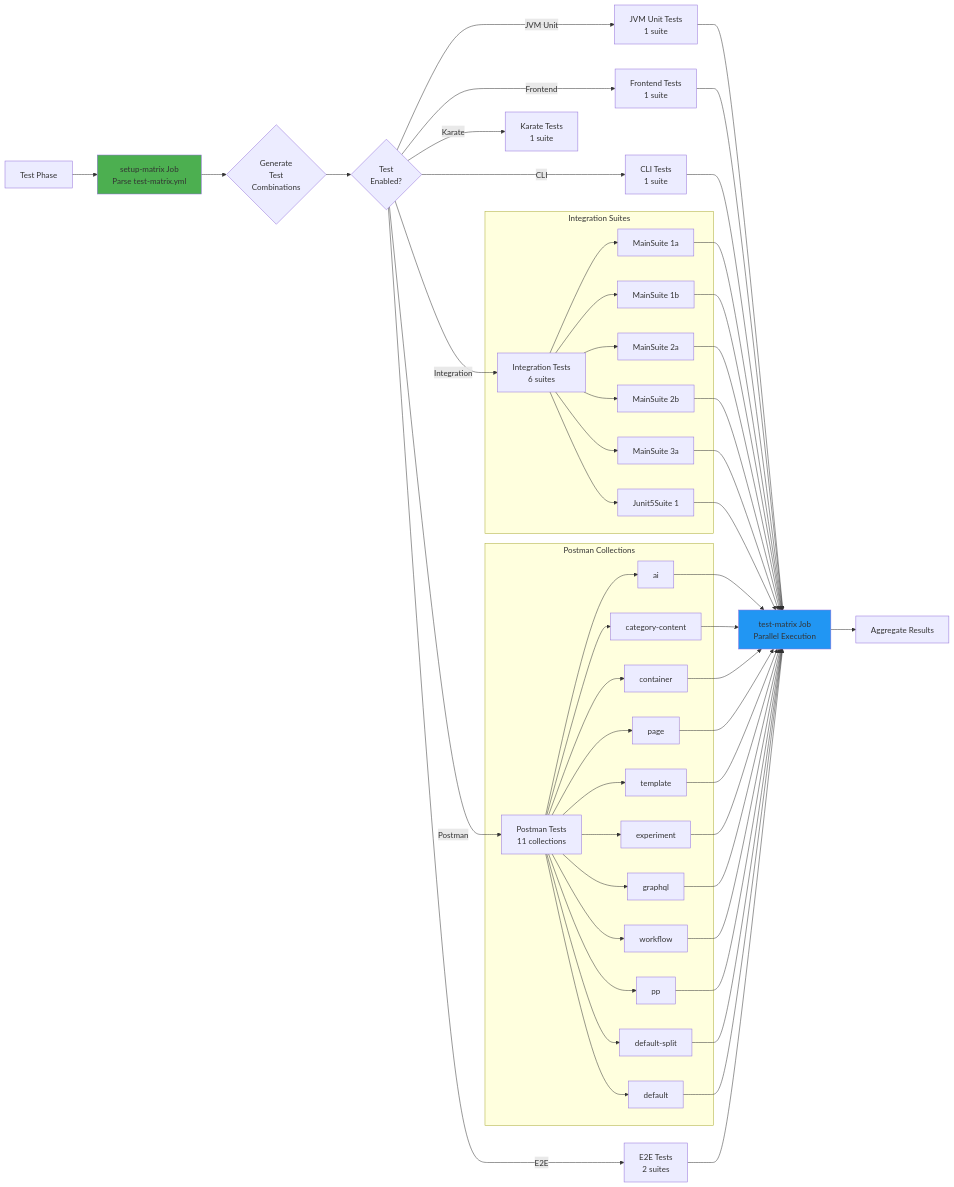
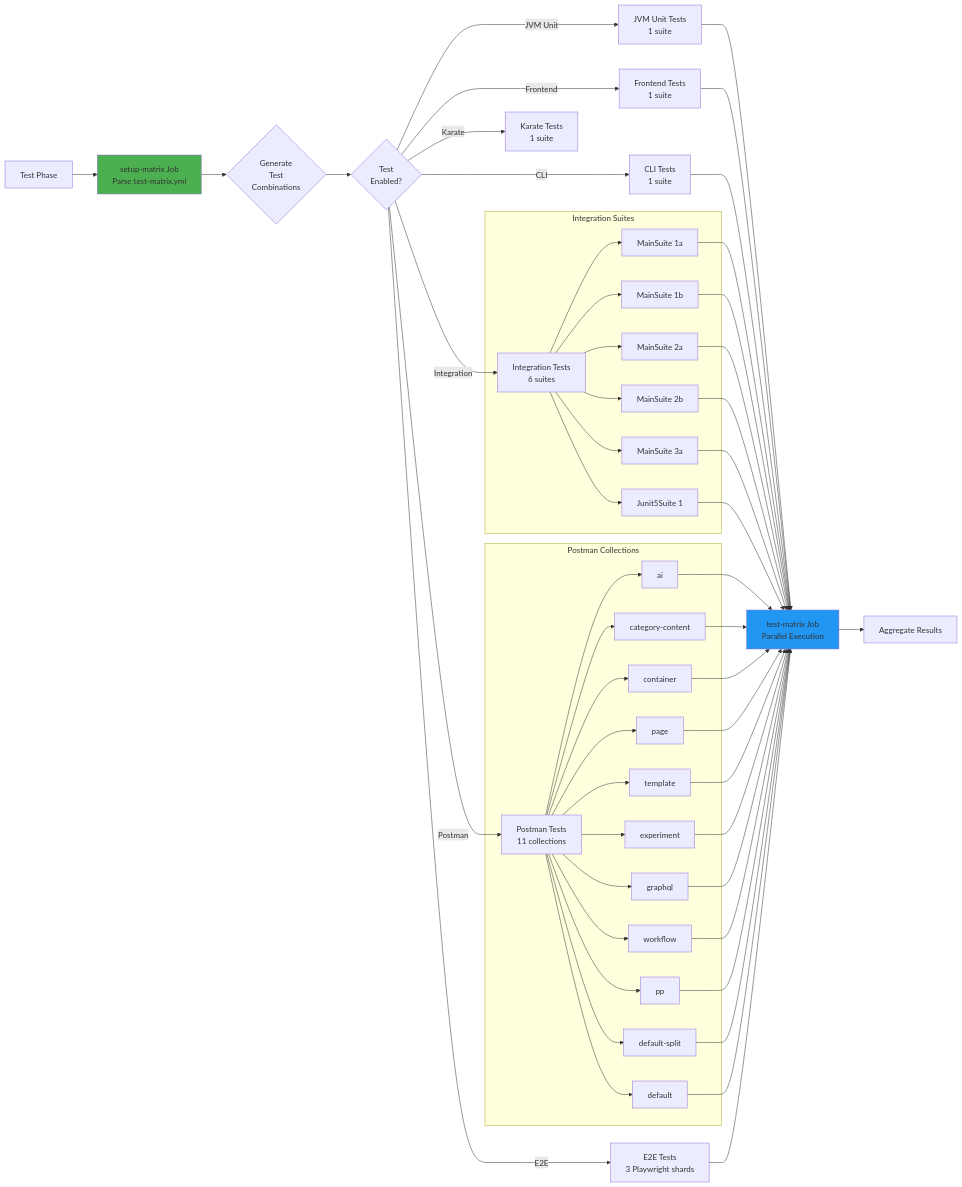
Before and after one commit to dotCMS/core: the fifth of 6 diagrams in .github/workflows/WORKFLOW_ARCHITECTURE.md, drawn with Mermaid. The commit also changed 4 other files, not shown here.

First line of the commit message:
feat(e2e): implement CI sharding for Playwright tests with three parallel jobs

````diff
--- a/.github/workflows/WORKFLOW_ARCHITECTURE.md
+++ b/.github/workflows/WORKFLOW_ARCHITECTURE.md
@@ -408,66 +408,66 @@
 ```mermaid
 flowchart LR
     Start[Test Phase] --> Matrix[setup-matrix Job<br/>Parse test-matrix.yml]
     
     Matrix --> Generate{Generate<br/>Test<br/>Combinations}
     
     Generate --> Check{Test<br/>Enabled?}
     
     Check -->|JVM Unit| JVM[JVM Unit Tests<br/>1 suite]
     Check -->|Frontend| FE[Frontend Tests<br/>1 suite]
     Check -->|CLI| CLI[CLI Tests<br/>1 suite]
     Check -->|Integration| IT[Integration Tests<br/>6 suites]
     Check -->|Postman| PM[Postman Tests<br/>11 collections]
     Check -->|Karate| KT[Karate Tests<br/>1 suite]
-    Check -->|E2E| E2E[E2E Tests<br/>2 suites]
+    Check -->|E2E| E2E[E2E Tests<br/>3 Playwright shards]
     
     subgraph "Integration Suites"
         IT --> IT1[MainSuite 1a]
         IT --> IT2[MainSuite 1b]
         IT --> IT3[MainSuite 2a]
         IT --> IT4[MainSuite 2b]
         IT --> IT5[MainSuite 3a]
         IT --> IT6[Junit5Suite 1]
     end
     
     subgraph "Postman Collections"
         PM --> PM1[ai]
         PM --> PM2[category-content]
         PM --> PM3[container]
         PM --> PM4[page]
         PM --> PM5[template]
         PM --> PM6[experiment]
         PM --> PM7[graphql]
         PM --> PM8[workflow]
         PM --> PM9[pp]
         PM --> PM10[default-split]
         PM --> PM11[default]
     end
     
     JVM --> Execute[test-matrix Job<br/>Parallel Execution]
     FE --> Execute
     CLI --> Execute
     IT1 --> Execute
     IT2 --> Execute
     IT3 --> Execute
     IT4 --> Execute
     IT5 --> Execute
     IT6 --> Execute
     PM1 --> Execute
     PM2 --> Execute
     PM3 --> Execute
     PM4 --> Execute
     PM5 --> Execute
     PM6 --> Execute
     PM7 --> Execute
     PM8 --> Execute
     PM9 --> Execute
     PM10 --> Execute
     PM11 --> Execute
     E2E --> Execute
     
     Execute --> Results[Aggregate Results]
     
     style Matrix fill:#4caf50
     style Execute fill:#2196f3
 ```
````
